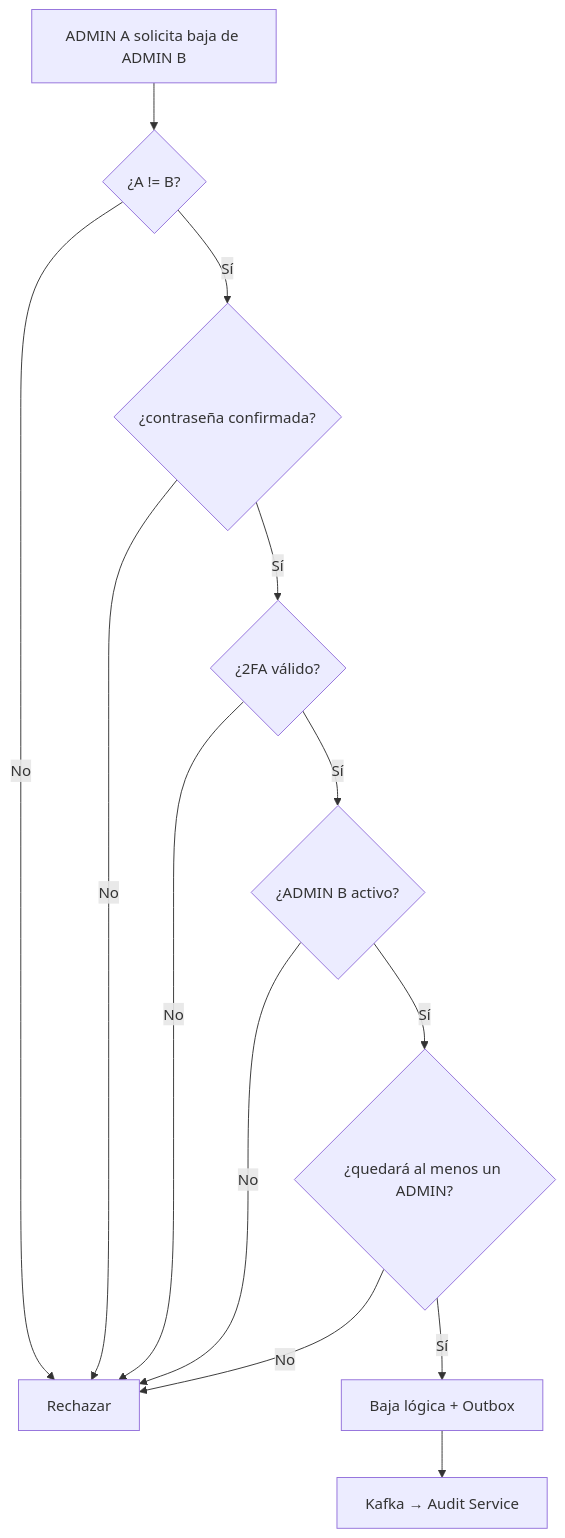
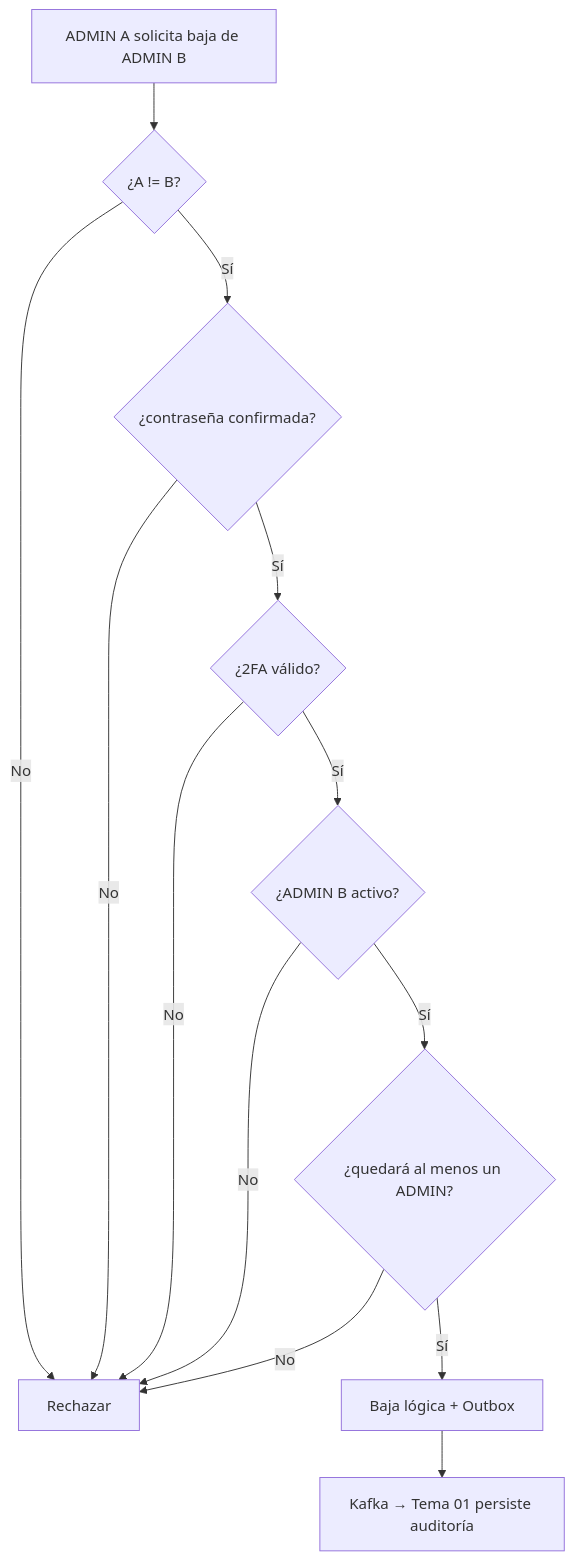
The sixth of 6 diagrams in docs/backend/arquitectura/comunicacion.md (2W2-114324-Carballo-Juarez-Mateo/backoffice-docs), drawn with Mermaid before and after one commit. The commit also changed other lines of this file and 11 other files, not shown here.

Commit message:
docs: alinear a Tema 12 Backoffice (doc oficial) — 2 servicios propietarios (Administration, Reporting) + consumo T01/T02 y lecturas; sync por gateway; PAR-01..24; auditoría/retención → T01

````diff
--- a/docs/backend/arquitectura/comunicacion.md
+++ b/docs/backend/arquitectura/comunicacion.md
@@ -159,15 +161,15 @@
 ```mermaid
 flowchart TD
     A[ADMIN A solicita baja de ADMIN B] --> B{¿A != B?}
     B -- No --> X[Rechazar]
     B -- Sí --> C{¿contraseña confirmada?}
     C -- No --> X
     C -- Sí --> D{¿2FA válido?}
     D -- No --> X
     D -- Sí --> E{¿ADMIN B activo?}
     E -- No --> X
     E -- Sí --> F{¿quedará al menos un ADMIN?}
     F -- No --> X
     F -- Sí --> G[Baja lógica + Outbox]
-    G --> H[Kafka → Audit Service]
+    G --> H[Kafka → Tema 01 persiste auditoría]
 ```
````
